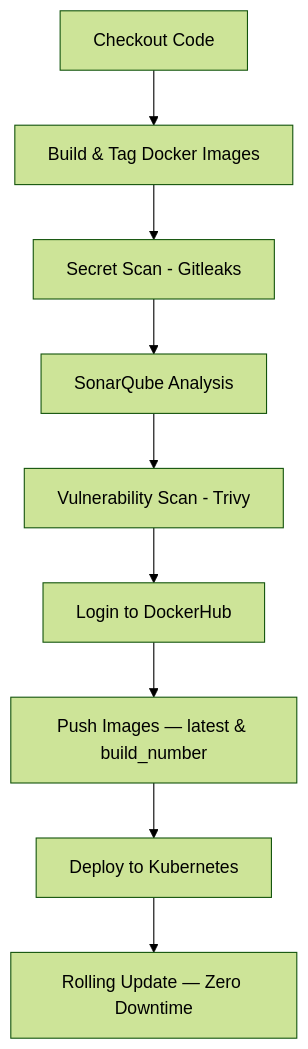
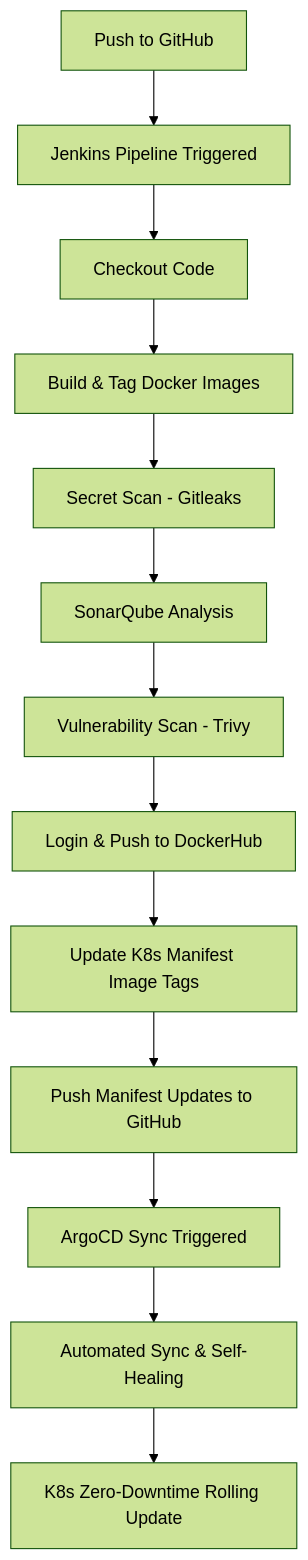
The second of 2 diagrams in README.md (Shresth2725/NexCart), drawn with Mermaid (forest theme) before and after one commit. The commit also changed other lines of this file, not shown here.

Commit message:
docs: update README to document GitOps deployment workflow with ArgoCD

````diff
--- a/README.md
+++ b/README.md
@@ -195,11 +219,15 @@
 ```mermaid
 graph TD
-    A[Checkout Code] --> B[Build & Tag Docker Images]
-    B --> C[Secret Scan - Gitleaks]
-    C --> D[SonarQube Analysis]
-    D --> E[Vulnerability Scan - Trivy]
-    E --> F[Login to DockerHub]
-    F --> G[Push Images — latest & build_number]
-    G --> H[Deploy to Kubernetes]
-    H --> I[Rolling Update — Zero Downtime]
+    A[Push to GitHub] --> B[Jenkins Pipeline Triggered]
+    B --> C[Checkout Code]
+    C --> D[Build & Tag Docker Images]
+    D --> E[Secret Scan - Gitleaks]
+    E --> F[SonarQube Analysis]
+    F --> G[Vulnerability Scan - Trivy]
+    G --> H[Login & Push to DockerHub]
+    H --> I[Update K8s Manifest Image Tags]
+    I --> J[Push Manifest Updates to GitHub]
+    J --> K[ArgoCD Sync Triggered]
+    K --> L[Automated Sync & Self-Healing]
+    L --> M[K8s Zero-Downtime Rolling Update]
 ```
````
